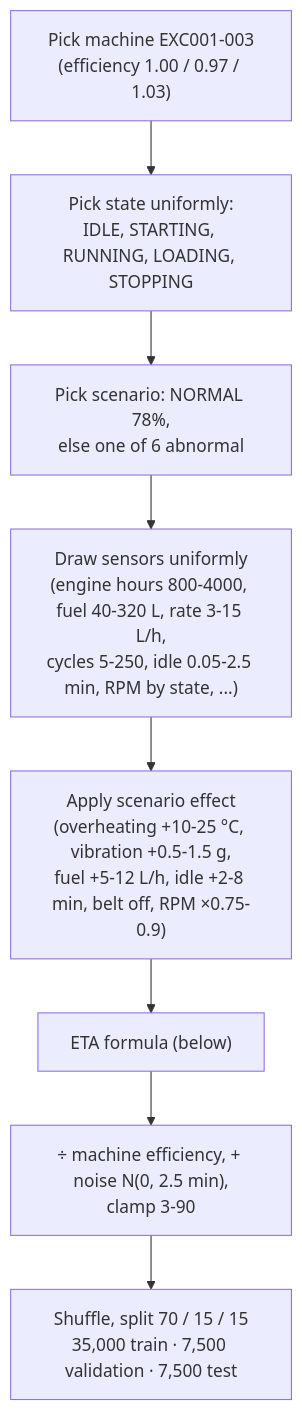
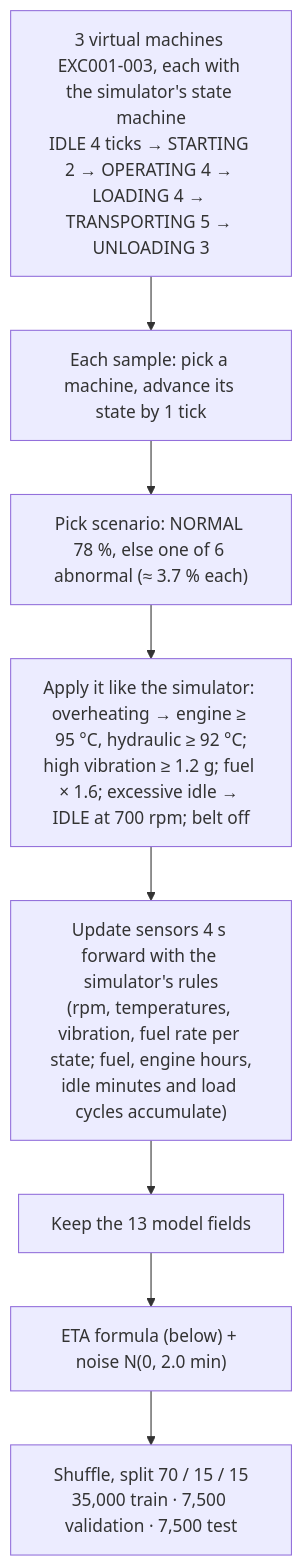
Before and after one commit to Kaustubh-sandy/CATman_central: the second of 9 diagrams in AI_MODELS.md, drawn with Mermaid. The commit also changed other lines of this file and 23 other files, not shown here.

````diff
--- a/AI_MODELS.md
+++ b/AI_MODELS.md
@@ -102,10 +103,10 @@
 ```mermaid
 flowchart TD
-    A["Pick machine EXC001-003<br/>(efficiency 1.00 / 0.97 / 1.03)"] --> B["Pick state uniformly:<br/>IDLE, STARTING, RUNNING, LOADING, STOPPING"]
-    B --> C["Pick scenario: NORMAL 78%,<br/>else one of 6 abnormal"]
-    C --> D["Draw sensors uniformly<br/>(engine hours 800-4000, fuel 40-320 L, rate 3-15 L/h,<br/>cycles 5-250, idle 0.05-2.5 min, RPM by state, ...)"]
-    D --> E["Apply scenario effect<br/>(overheating +10-25 °C, vibration +0.5-1.5 g,<br/>fuel +5-12 L/h, idle +2-8 min, belt off, RPM ×0.75-0.9)"]
-    E --> F["ETA formula (below)"]
-    F --> G["÷ machine efficiency, + noise N(0, 2.5 min),<br/>clamp 3-90"]
+    A["3 virtual machines EXC001-003, each with the simulator's state machine<br/>IDLE 4 ticks → STARTING 2 → OPERATING 4 → LOADING 4 → TRANSPORTING 5 → UNLOADING 3"] --> B["Each sample: pick a machine, advance its state by 1 tick"]
+    B --> C["Pick scenario: NORMAL 78 %, else one of 6 abnormal (≈ 3.7 % each)"]
+    C --> D["Apply it like the simulator: overheating → engine ≥ 95 °C, hydraulic ≥ 92 °C;<br/>high vibration ≥ 1.2 g; fuel × 1.6; excessive idle → IDLE at 700 rpm; belt off"]
+    D --> E["Update sensors 4 s forward with the simulator's rules<br/>(rpm, temperatures, vibration, fuel rate per state; fuel, engine hours,<br/>idle minutes and load cycles accumulate)"]
+    E --> F["Keep the 13 model fields"]
+    F --> G["ETA formula (below) + noise N(0, 2.0 min)"]
     G --> H["Shuffle, split 70 / 15 / 15<br/>35,000 train · 7,500 validation · 7,500 test"]
 ```
````
